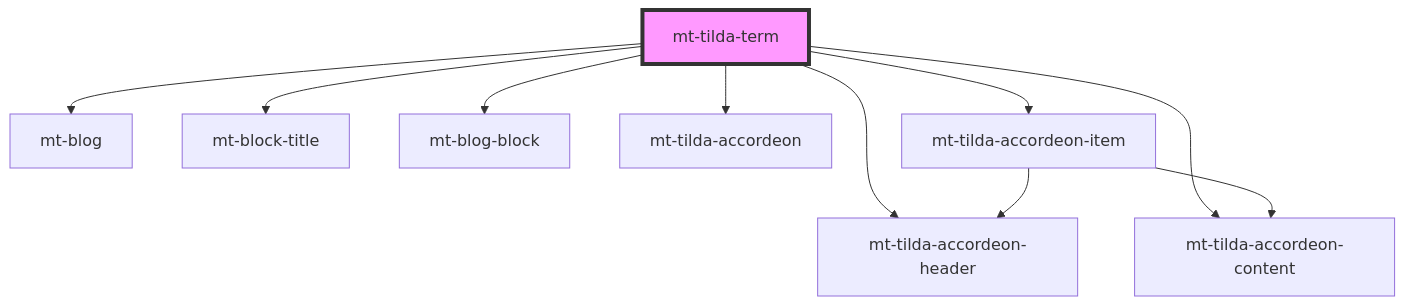
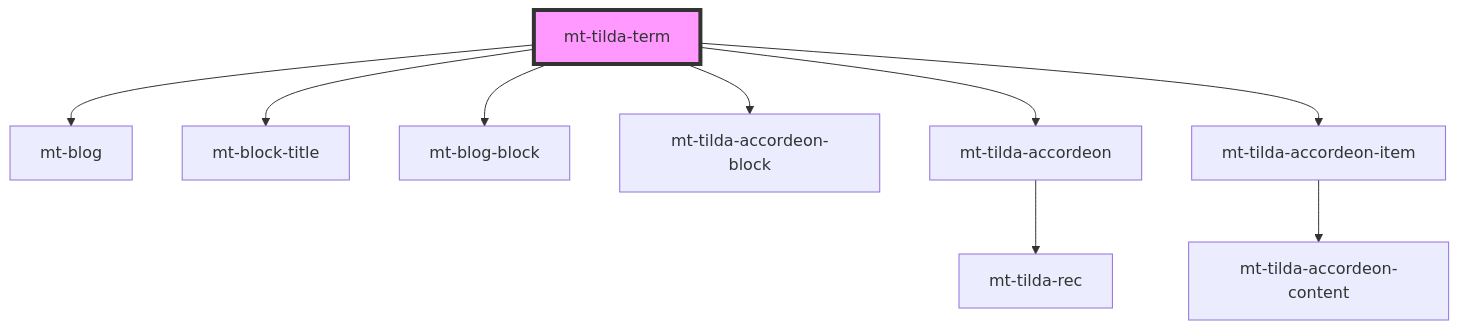
One commit to elpupi/stencil changed the diagram in src/components/tilda/mt-tilda-term/readme.md. Above: the diagram before and after it, drawn with Mermaid. The commit also changed other lines of this file and 21 other files, not shown here.

Commit message:
upgrade stencil from version 14 to 15 + fix accordeon + mt-blog + list-item

````diff
--- a/src/components/tilda/mt-tilda-term/readme.md
+++ b/src/components/tilda/mt-tilda-term/readme.md
@@ -44,13 +64,12 @@
 ```mermaid
 graph TD;
   mt-tilda-term --> mt-blog
   mt-tilda-term --> mt-block-title
   mt-tilda-term --> mt-blog-block
+  mt-tilda-term --> mt-tilda-accordeon-block
   mt-tilda-term --> mt-tilda-accordeon
   mt-tilda-term --> mt-tilda-accordeon-item
-  mt-tilda-term --> mt-tilda-accordeon-header
-  mt-tilda-term --> mt-tilda-accordeon-content
-  mt-tilda-accordeon-item --> mt-tilda-accordeon-header
+  mt-tilda-accordeon --> mt-tilda-rec
   mt-tilda-accordeon-item --> mt-tilda-accordeon-content
   style mt-tilda-term fill:#f9f,stroke:#333,stroke-width:4px
 ```
````
